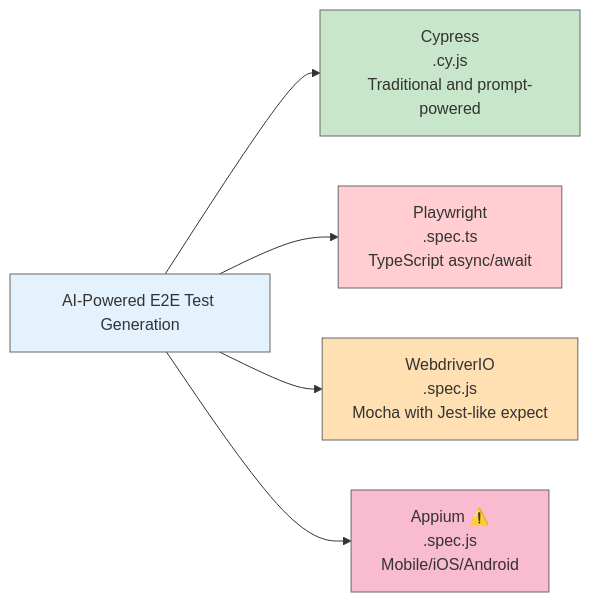
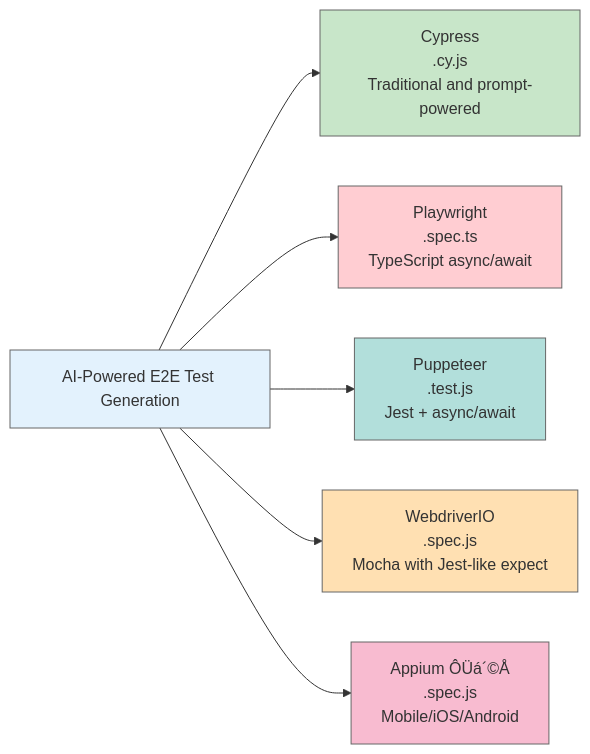
Before and after one commit to aiqualitylab/ai-natural-language-tests: the first of 4 diagrams in README.md, drawn with Mermaid. The commit also changed other lines of this file, not shown here.

First line of the commit message:
docs(readme): add Puppeteer framework documentation

````diff
--- a/README.md
+++ b/README.md
@@ -79,14 +80,16 @@
 ```mermaid
 flowchart LR
   A[AI-Powered E2E Test Generation]
   A --> C[Cypress<br/>.cy.js<br/>Traditional and prompt-powered]
   A --> P[Playwright<br/>.spec.ts<br/>TypeScript async/await]
+  A --> U[Puppeteer<br/>.test.js<br/>Jest + async/await]
   A --> W[WebdriverIO<br/>.spec.js<br/>Mocha with Jest-like expect]
-  A --> M["Appium ⚠️<br/>.spec.js<br/>Mobile/iOS/Android"]
+  A --> M["Appium ÔÜá´©Å<br/>.spec.js<br/>Mobile/iOS/Android"]
 
   style A fill:#e3f2fd,color:#333333,stroke:#666666
   style C fill:#c8e6c9,color:#333333,stroke:#666666
   style P fill:#ffcdd2,color:#333333,stroke:#666666
+  style U fill:#b2dfdb,color:#333333,stroke:#666666
   style W fill:#ffe0b2,color:#333333,stroke:#666666
   style M fill:#f8bbd0,color:#333333,stroke:#666666
 ```
````
